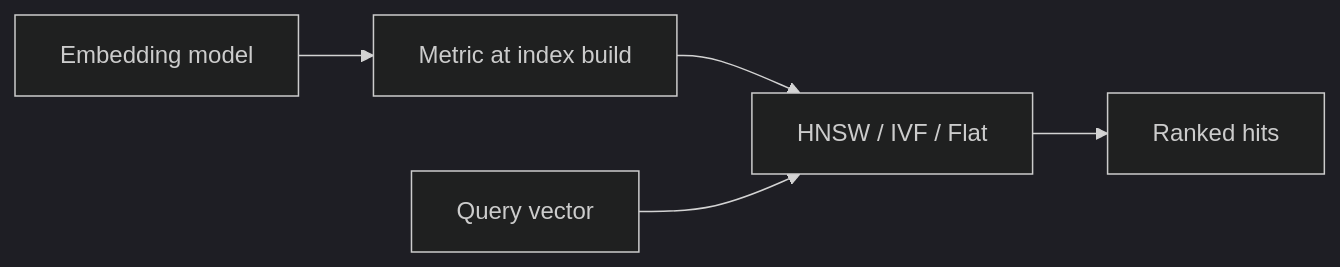
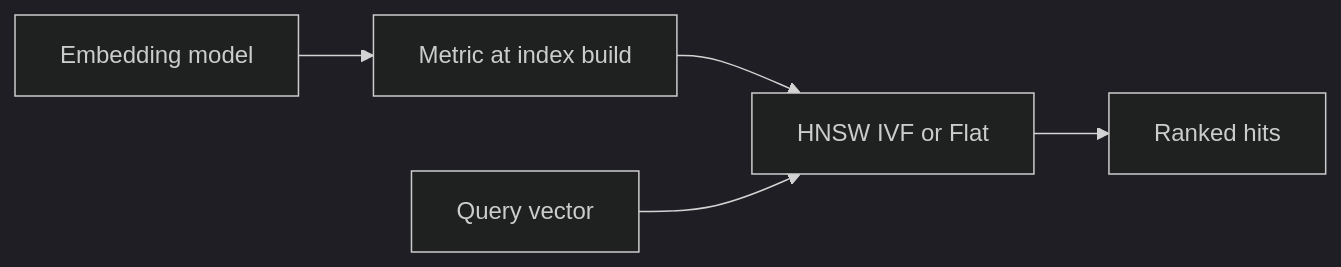
The diagram in docs/theory/metrics.md (ahmedSamir50/AdamSystems.ZVec.NET), drawn with Mermaid (dark theme) before and after one commit. The commit also changed 5 other files, not shown here.

First line of the commit message:
Fix Mermaid 11 syntax in theory diagrams.

````diff
--- a/docs/theory/metrics.md
+++ b/docs/theory/metrics.md
@@ -33,10 +33,10 @@
 ```mermaid
 flowchart LR
   emb[Embedding model]
   metric[Metric at index build]
-  index[HNSW / IVF / Flat]
+  indexNode["HNSW IVF or Flat"]
   query[Query vector]
-  emb --> metric --> index
-  query --> index
-  index --> hits[Ranked hits]
+  emb --> metric --> indexNode
+  query --> indexNode
+  indexNode --> hits[Ranked hits]
 ```
````
